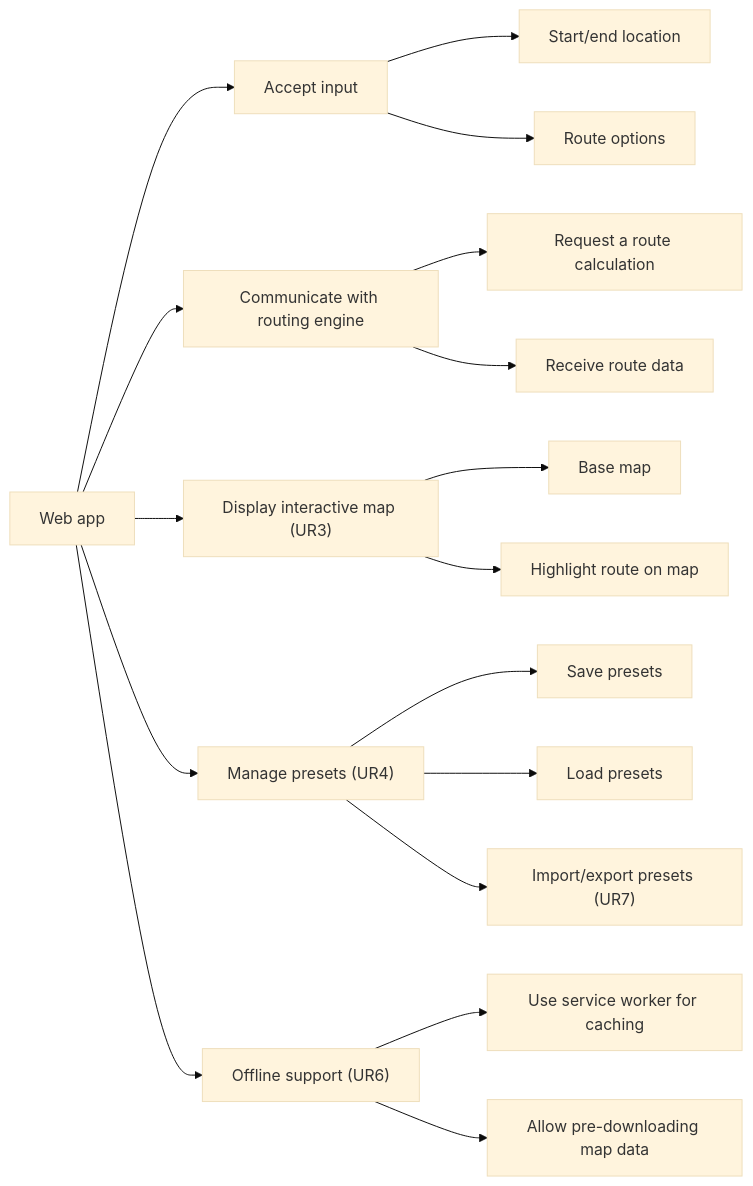
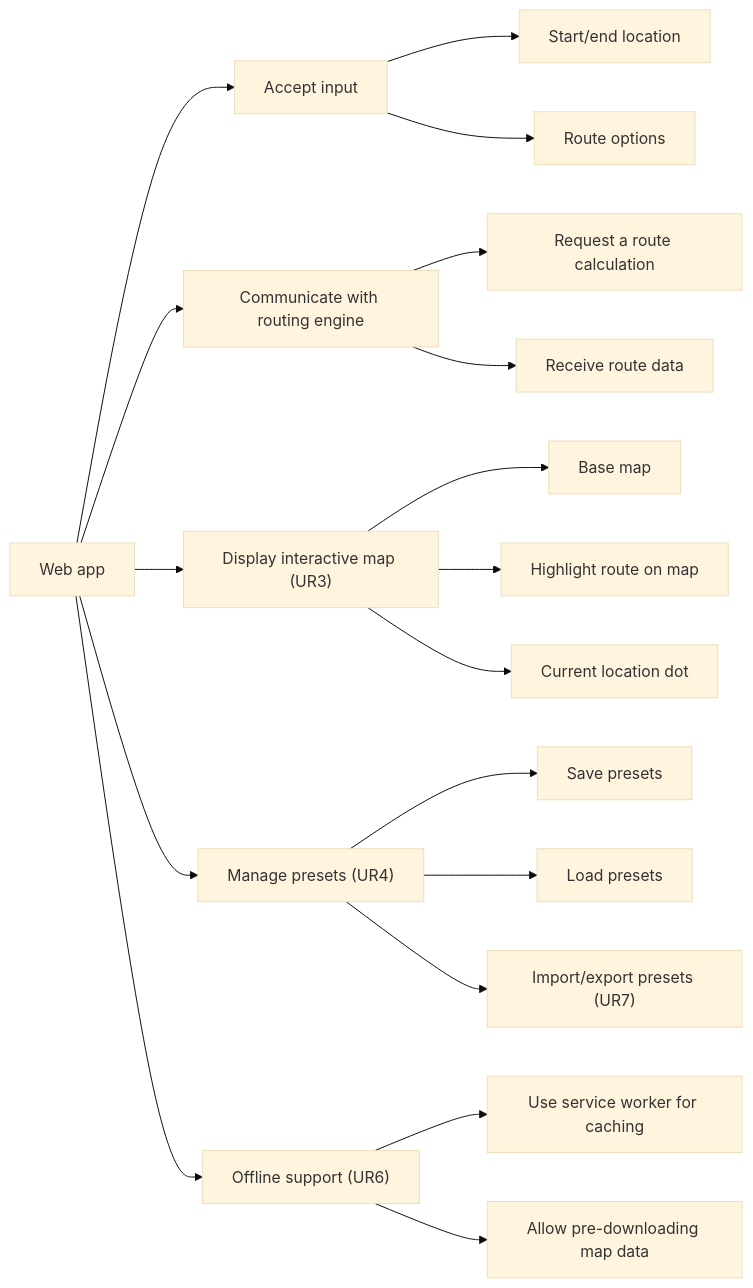
Before and after one commit to RandomSearch18/a-level-project: the second of 6 diagrams in docs/readme.md, drawn with Mermaid (base theme). The commit also changed other lines of this file, not shown here.

````diff
--- a/docs/readme.md
+++ b/docs/readme.md
@@ -906,20 +908,21 @@
 ```mermaid
 graph LR
   A[Web app]
   A --> B[Accept input]
     B --> BA[Start/end location]
     B --> BB[Route options]
   A --> C[Communicate with routing engine]
     C --> CA[Request a route calculation]
     C --> CB[Receive route data]
   A --> D["Display interactive map (UR3)"]
     D --> DA[Base map]
     D --> DB[Highlight route on map]
+    D --> DC[Current location dot]
   A --> E["Manage presets (UR4)"]
     E --> EA[Save presets]
     E --> EB[Load presets]
     E --> EC["Import/export presets (UR7)"]
   A --> F["Offline support (UR6)"]
     F --> FA[Use service worker for caching]
     F --> FB[Allow pre-downloading map data]
 ```
````
